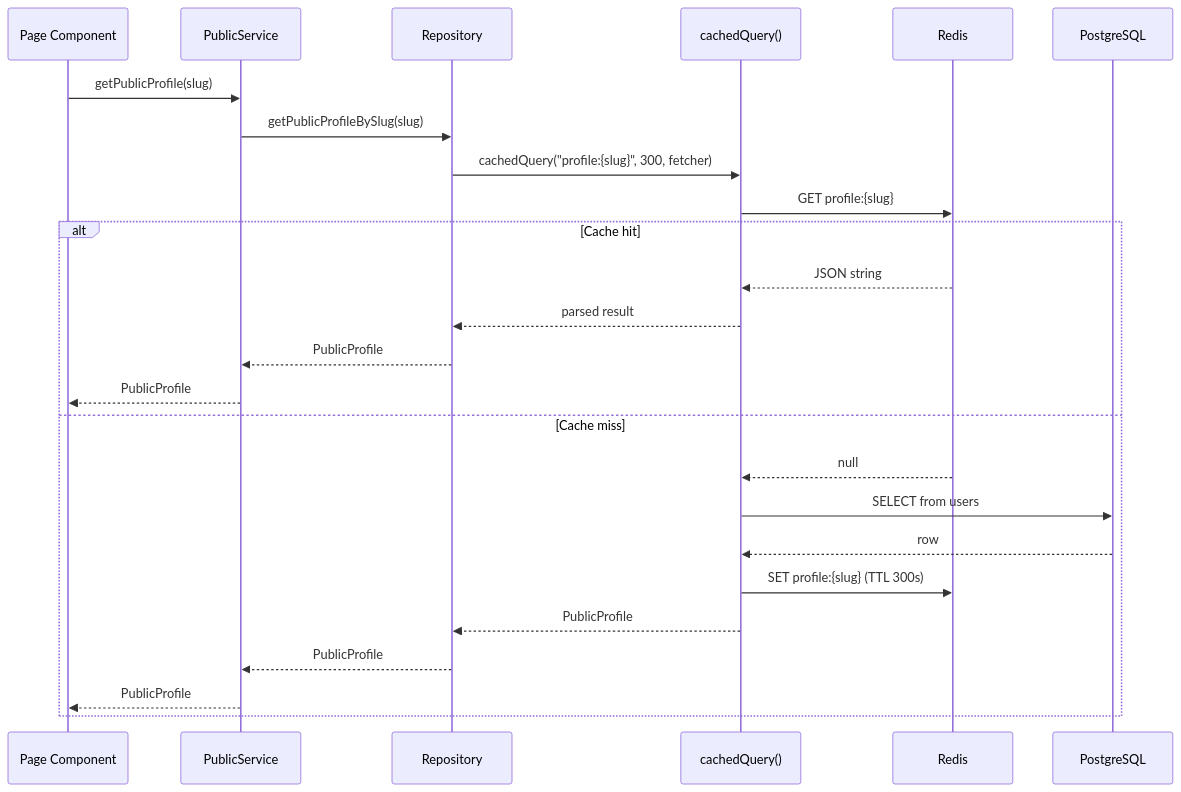
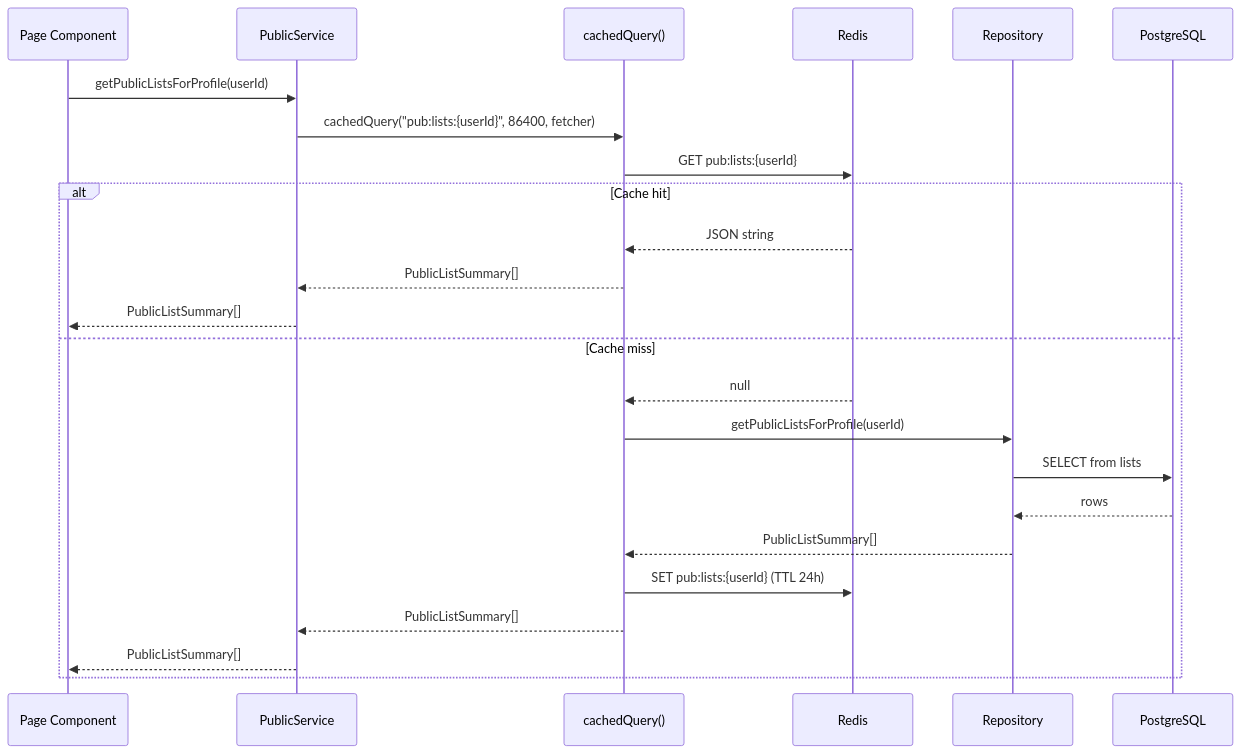
Before and after one commit to allev1985/topten: the fifth of 5 diagrams in docs/decisions/caching-and-rate-limiting.md, drawn with Mermaid. The commit also changed other lines of this file and 20 other files, not shown here.

````diff
--- a/docs/decisions/caching-and-rate-limiting.md
+++ b/docs/decisions/caching-and-rate-limiting.md
@@ -186,28 +181,27 @@
 ```mermaid
 sequenceDiagram
     participant P as Page Component
     participant S as PublicService
-    participant Repo as Repository
     participant CH as cachedQuery()
     participant R as Redis
+    participant Repo as Repository
     participant DB as PostgreSQL
 
-    P->>S: getPublicProfile(slug)
-    S->>Repo: getPublicProfileBySlug(slug)
-    Repo->>CH: cachedQuery("profile:{slug}", 300, fetcher)
-    CH->>R: GET profile:{slug}
+    P->>S: getPublicListsForProfile(userId)
+    S->>CH: cachedQuery("pub:lists:{userId}", 86400, fetcher)
+    CH->>R: GET pub:lists:{userId}
     alt Cache hit
         R-->>CH: JSON string
-        CH-->>Repo: parsed result
-        Repo-->>S: PublicProfile
-        S-->>P: PublicProfile
+        CH-->>S: PublicListSummary[]
+        S-->>P: PublicListSummary[]
     else Cache miss
         R-->>CH: null
-        CH->>DB: SELECT from users
-        DB-->>CH: row
-        CH->>R: SET profile:{slug} (TTL 300s)
-        CH-->>Repo: PublicProfile
-        Repo-->>S: PublicProfile
-        S-->>P: PublicProfile
+        CH->>Repo: getPublicListsForProfile(userId)
+        Repo->>DB: SELECT from lists
+        DB-->>Repo: rows
+        Repo-->>CH: PublicListSummary[]
+        CH->>R: SET pub:lists:{userId} (TTL 24h)
+        CH-->>S: PublicListSummary[]
+        S-->>P: PublicListSummary[]
     end
 ```
````
